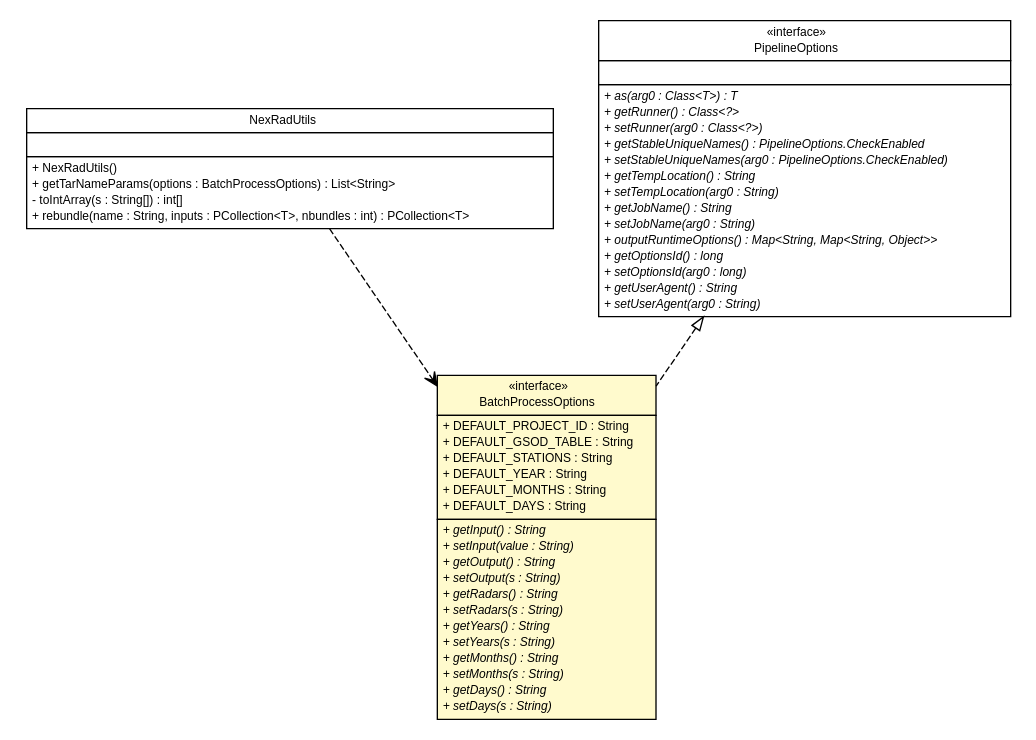
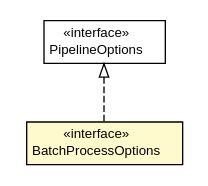
Before and after one commit to SuperEvenSteven/environmental-analyzer: the diagram in uml/com/ohair/stephen/edp/BatchProcessOptions.dot, drawn with Graphviz. The commit also changed 94 other files, not shown here.

```diff
--- a/uml/com/ohair/stephen/edp/BatchProcessOptions.dot
+++ b/uml/com/ohair/stephen/edp/BatchProcessOptions.dot
@@ -1,86 +1,28 @@
 #!/usr/local/bin/dot
 #
 # Class diagram 
 # Generated by UMLGraph version R5_6-24-gf6e263 (http://www.umlgraph.org/)
 #
 
 digraph G {
 	edge [fontname="Helvetica",fontsize=10,labelfontname="Helvetica",labelfontsize=10];
 	node [fontname="Helvetica",fontsize=10,shape=plaintext];
 	nodesep=0.25;
 	ranksep=0.5;
-	// com.google.cloud.public_datasets.nexrad2.NexRadUtils
-	c147 [label=<<table title="com.google.cloud.public_datasets.nexrad2.NexRadUtils" border="0" cellborder="1" cellspacing="0" cellpadding="2" port="p" href="../../../google/cloud/public_datasets/nexrad2/NexRadUtils.html">
-		<tr><td><table border="0" cellspacing="0" cellpadding="1">
-<tr><td align="center" balign="center"> NexRadUtils </td></tr>
-		</table></td></tr>
-		<tr><td><table border="0" cellspacing="0" cellpadding="1">
-<tr><td align="left" balign="left">  </td></tr>
-		</table></td></tr>
-		<tr><td><table border="0" cellspacing="0" cellpadding="1">
-<tr><td align="left" balign="left"> + NexRadUtils() </td></tr>
-<tr><td align="left" balign="left"> + getTarNameParams(options : BatchProcessOptions) : List&lt;String&gt; </td></tr>
-<tr><td align="left" balign="left"> - toIntArray(s : String[]) : int[] </td></tr>
-<tr><td align="left" balign="left"> + rebundle(name : String, inputs : PCollection&lt;T&gt;, nbundles : int) : PCollection&lt;T&gt; </td></tr>
-		</table></td></tr>
-		</table>>, URL="../../../google/cloud/public_datasets/nexrad2/NexRadUtils.html", fontname="Helvetica", fontcolor="black", fontsize=9.0];
 	// com.ohair.stephen.edp.BatchProcessOptions
-	c154 [label=<<table title="com.ohair.stephen.edp.BatchProcessOptions" border="0" cellborder="1" cellspacing="0" cellpadding="2" port="p" bgcolor="lemonChiffon" href="./BatchProcessOptions.html">
+	c140 [label=<<table title="com.ohair.stephen.edp.BatchProcessOptions" border="0" cellborder="1" cellspacing="0" cellpadding="2" port="p" bgcolor="lemonChiffon" href="./BatchProcessOptions.html">
 		<tr><td><table border="0" cellspacing="0" cellpadding="1">
 <tr><td align="center" balign="center"> &#171;interface&#187; </td></tr>
 <tr><td align="center" balign="center"> BatchProcessOptions </td></tr>
 		</table></td></tr>
-		<tr><td><table border="0" cellspacing="0" cellpadding="1">
-<tr><td align="left" balign="left"> + DEFAULT_PROJECT_ID : String </td></tr>
-<tr><td align="left" balign="left"> + DEFAULT_GSOD_TABLE : String </td></tr>
-<tr><td align="left" balign="left"> + DEFAULT_STATIONS : String </td></tr>
-<tr><td align="left" balign="left"> + DEFAULT_YEAR : String </td></tr>
-<tr><td align="left" balign="left"> + DEFAULT_MONTHS : String </td></tr>
-<tr><td align="left" balign="left"> + DEFAULT_DAYS : String </td></tr>
-		</table></td></tr>
-		<tr><td><table border="0" cellspacing="0" cellpadding="1">
-<tr><td align="left" balign="left"><font face="Helvetica-Oblique" point-size="9.0"> + getInput() : String </font></td></tr>
-<tr><td align="left" balign="left"><font face="Helvetica-Oblique" point-size="9.0"> + setInput(value : String) </font></td></tr>
-<tr><td align="left" balign="left"><font face="Helvetica-Oblique" point-size="9.0"> + getOutput() : String </font></td></tr>
-<tr><td align="left" balign="left"><font face="Helvetica-Oblique" point-size="9.0"> + setOutput(s : String) </font></td></tr>
-<tr><td align="left" balign="left"><font face="Helvetica-Oblique" point-size="9.0"> + getRadars() : String </font></td></tr>
-<tr><td align="left" balign="left"><font face="Helvetica-Oblique" point-size="9.0"> + setRadars(s : String) </font></td></tr>
-<tr><td align="left" balign="left"><font face="Helvetica-Oblique" point-size="9.0"> + getYears() : String </font></td></tr>
-<tr><td align="left" balign="left"><font face="Helvetica-Oblique" point-size="9.0"> + setYears(s : String) </font></td></tr>
-<tr><td align="left" balign="left"><font face="Helvetica-Oblique" point-size="9.0"> + getMonths() : String </font></td></tr>
-<tr><td align="left" balign="left"><font face="Helvetica-Oblique" point-size="9.0"> + setMonths(s : String) </font></td></tr>
-<tr><td align="left" balign="left"><font face="Helvetica-Oblique" point-size="9.0"> + getDays() : String </font></td></tr>
-<tr><td align="left" balign="left"><font face="Helvetica-Oblique" point-size="9.0"> + setDays(s : String) </font></td></tr>
-		</table></td></tr>
-		</table>>, URL="./BatchProcessOptions.html", fontname="Helvetica", fontcolor="black", fontsize=9.0];
+		</table>>, URL="./BatchProcessOptions.html", fontname="Helvetica", fontcolor="black", fontsize=10.0];
 	//com.ohair.stephen.edp.BatchProcessOptions implements org.apache.beam.sdk.options.PipelineOptions
-	c168:p -> c154:p [dir=back,arrowtail=empty,style=dashed];
-	// com.google.cloud.public_datasets.nexrad2.NexRadUtils DEPEND com.ohair.stephen.edp.BatchProcessOptions
-	c147:p -> c154:p [taillabel="", label="", headlabel="", fontname="Helvetica", fontcolor="black", fontsize=10.0, color="black", arrowhead=open, style=dashed];
+	c149:p -> c140:p [dir=back,arrowtail=empty,style=dashed];
 	// org.apache.beam.sdk.options.PipelineOptions
-	c168 [label=<<table title="org.apache.beam.sdk.options.PipelineOptions" border="0" cellborder="1" cellspacing="0" cellpadding="2" port="p" href="http://java.sun.com/j2se/1.4.2/docs/api/org/apache/beam/sdk/options/PipelineOptions.html">
+	c149 [label=<<table title="org.apache.beam.sdk.options.PipelineOptions" border="0" cellborder="1" cellspacing="0" cellpadding="2" port="p" href="http://java.sun.com/j2se/1.4.2/docs/api/org/apache/beam/sdk/options/PipelineOptions.html">
 		<tr><td><table border="0" cellspacing="0" cellpadding="1">
 <tr><td align="center" balign="center"> &#171;interface&#187; </td></tr>
 <tr><td align="center" balign="center"> PipelineOptions </td></tr>
 		</table></td></tr>
-		<tr><td><table border="0" cellspacing="0" cellpadding="1">
-<tr><td align="left" balign="left">  </td></tr>
-		</table></td></tr>
-		<tr><td><table border="0" cellspacing="0" cellpadding="1">
-<tr><td align="left" balign="left"><font face="Helvetica-Oblique" point-size="9.0"> + as(arg0 : Class&lt;T&gt;) : T </font></td></tr>
-<tr><td align="left" balign="left"><font face="Helvetica-Oblique" point-size="9.0"> + getRunner() : Class&lt;?&gt; </font></td></tr>
-<tr><td align="left" balign="left"><font face="Helvetica-Oblique" point-size="9.0"> + setRunner(arg0 : Class&lt;?&gt;) </font></td></tr>
-<tr><td align="left" balign="left"><font face="Helvetica-Oblique" point-size="9.0"> + getStableUniqueNames() : PipelineOptions.CheckEnabled </font></td></tr>
-<tr><td align="left" balign="left"><font face="Helvetica-Oblique" point-size="9.0"> + setStableUniqueNames(arg0 : PipelineOptions.CheckEnabled) </font></td></tr>
-<tr><td align="left" balign="left"><font face="Helvetica-Oblique" point-size="9.0"> + getTempLocation() : String </font></td></tr>
-<tr><td align="left" balign="left"><font face="Helvetica-Oblique" point-size="9.0"> + setTempLocation(arg0 : String) </font></td></tr>
-<tr><td align="left" balign="left"><font face="Helvetica-Oblique" point-size="9.0"> + getJobName() : String </font></td></tr>
-<tr><td align="left" balign="left"><font face="Helvetica-Oblique" point-size="9.0"> + setJobName(arg0 : String) </font></td></tr>
-<tr><td align="left" balign="left"><font face="Helvetica-Oblique" point-size="9.0"> + outputRuntimeOptions() : Map&lt;String, Map&lt;String, Object&gt;&gt; </font></td></tr>
-<tr><td align="left" balign="left"><font face="Helvetica-Oblique" point-size="9.0"> + getOptionsId() : long </font></td></tr>
-<tr><td align="left" balign="left"><font face="Helvetica-Oblique" point-size="9.0"> + setOptionsId(arg0 : long) </font></td></tr>
-<tr><td align="left" balign="left"><font face="Helvetica-Oblique" point-size="9.0"> + getUserAgent() : String </font></td></tr>
-<tr><td align="left" balign="left"><font face="Helvetica-Oblique" point-size="9.0"> + setUserAgent(arg0 : String) </font></td></tr>
-		</table></td></tr>
-		</table>>, URL="http://java.sun.com/j2se/1.4.2/docs/api/org/apache/beam/sdk/options/PipelineOptions.html", fontname="Helvetica", fontcolor="black", fontsize=9.0];
+		</table>>, URL="http://java.sun.com/j2se/1.4.2/docs/api/org/apache/beam/sdk/options/PipelineOptions.html", fontname="Helvetica", fontcolor="black", fontsize=10.0];
 }
```
